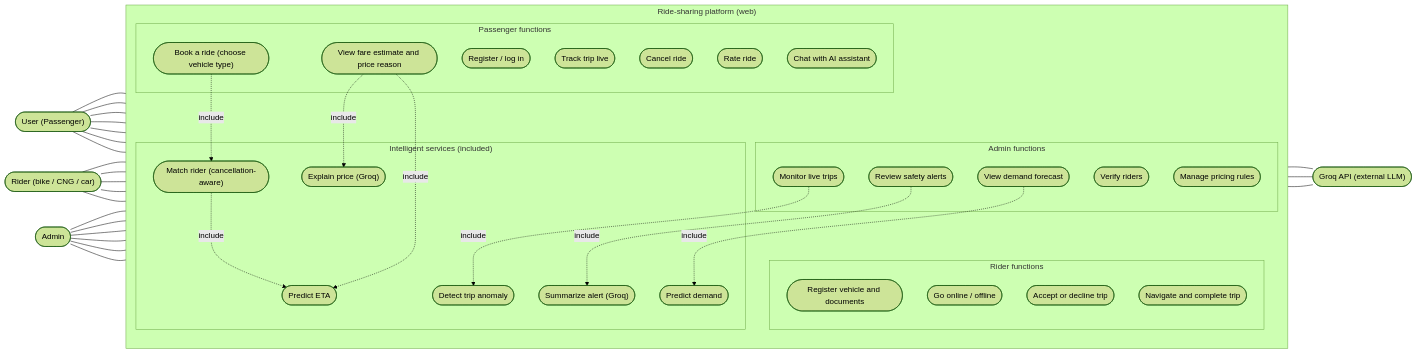
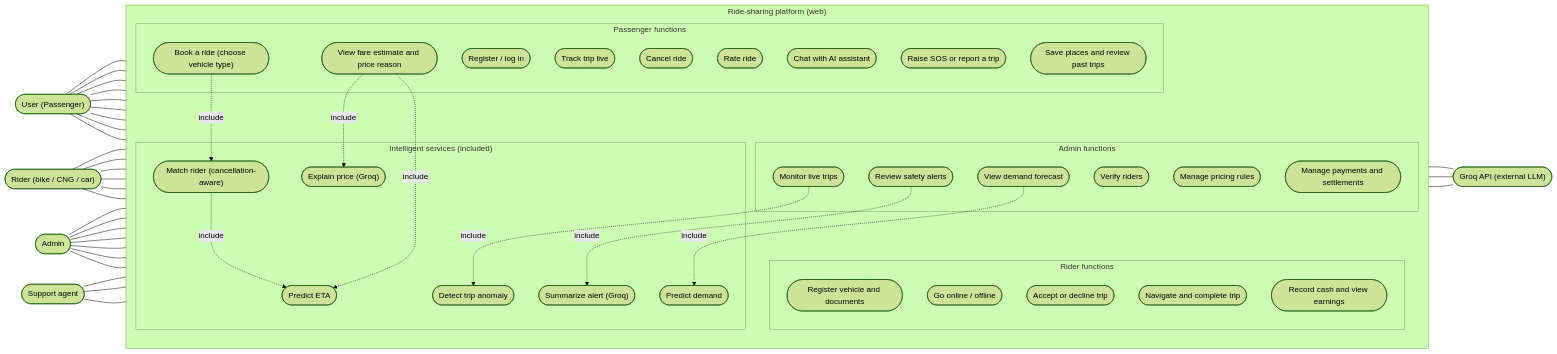
Before and after one commit to TanvirMahmudTushar/Deep-Learning-Based-Ride-Sharing-System: the first of 6 diagrams in Docs/Project Proposal.md, drawn with Mermaid (forest theme). The commit also changed other lines of this file and 21 other files, not shown here.

First line of the commit message:
feat: add support agent role and dashboard

````diff
--- a/Docs/Project Proposal.md
+++ b/Docs/Project Proposal.md
@@ -102,57 +105,63 @@
 ```mermaid
 flowchart LR
   User(["User (Passenger)"])
   Rider(["Rider (bike / CNG / car)"])
   Admin(["Admin"])
+  Support(["Support agent"])
   Groq(["Groq API (external LLM)"])
 
   subgraph SYS["Ride-sharing platform (web)"]
     direction TB
     subgraph PASS["Passenger functions"]
       u_auth(["Register / log in"])
       u_book(["Book a ride (choose vehicle type)"])
       u_fare(["View fare estimate and price reason"])
       u_track(["Track trip live"])
       u_cancel(["Cancel ride"])
       u_rate(["Rate ride"])
       u_chat(["Chat with AI assistant"])
+      u_sos(["Raise SOS or report a trip"])
+      u_places(["Save places and review past trips"])
     end
     subgraph RID["Rider functions"]
       r_veh(["Register vehicle and documents"])
       r_online(["Go online / offline"])
       r_accept(["Accept or decline trip"])
       r_complete(["Navigate and complete trip"])
+      r_cash(["Record cash and view earnings"])
     end
     subgraph ADM["Admin functions"]
       a_verify(["Verify riders"])
       a_monitor(["Monitor live trips"])
       a_alerts(["Review safety alerts"])
       a_forecast(["View demand forecast"])
       a_rules(["Manage pricing rules"])
+      a_pay(["Manage payments and settlements"])
     end
     subgraph ML["Intelligent services (included)"]
       m_match(["Match rider (cancellation-aware)"])
       m_eta(["Predict ETA"])
       m_demand(["Predict demand"])
       m_anom(["Detect trip anomaly"])
       m_explain(["Explain price (Groq)"])
       m_summ(["Summarize alert (Groq)"])
     end
   end
 
-  User --- u_auth & u_book & u_fare & u_track & u_cancel & u_rate & u_chat
-  Rider --- r_veh & r_online & r_accept & r_complete & u_auth
-  Admin --- a_verify & a_monitor & a_alerts & a_forecast & a_rules & u_auth
+  User --- u_auth & u_book & u_fare & u_track & u_cancel & u_rate & u_chat & u_sos & u_places
+  Rider --- r_veh & r_online & r_accept & r_complete & r_cash & u_auth
+  Admin --- a_verify & a_monitor & a_alerts & a_forecast & a_rules & a_pay & u_auth
+  Support --- a_monitor & a_alerts & u_auth
 
   u_book -. include .-> m_match
   m_match -. include .-> m_eta
   u_fare -. include .-> m_explain
   u_fare -. include .-> m_eta
   a_monitor -. include .-> m_anom
   a_alerts -. include .-> m_summ
   a_forecast -. include .-> m_demand
 
   m_explain --- Groq
   m_summ --- Groq
   u_chat --- Groq
 ```
````
